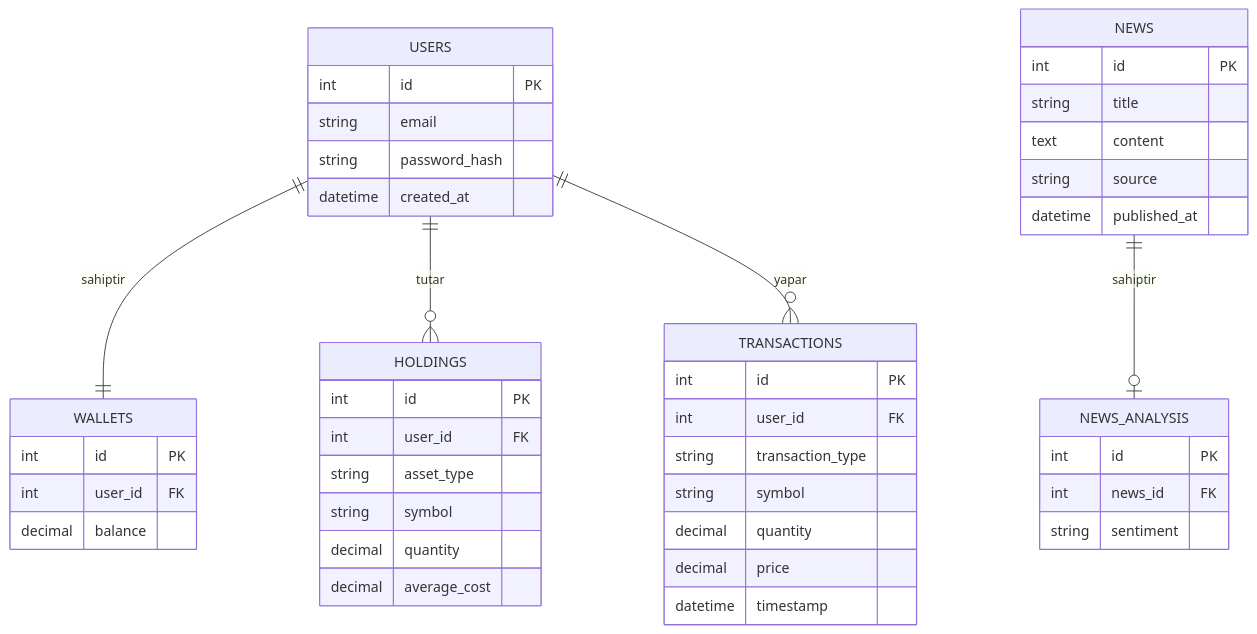
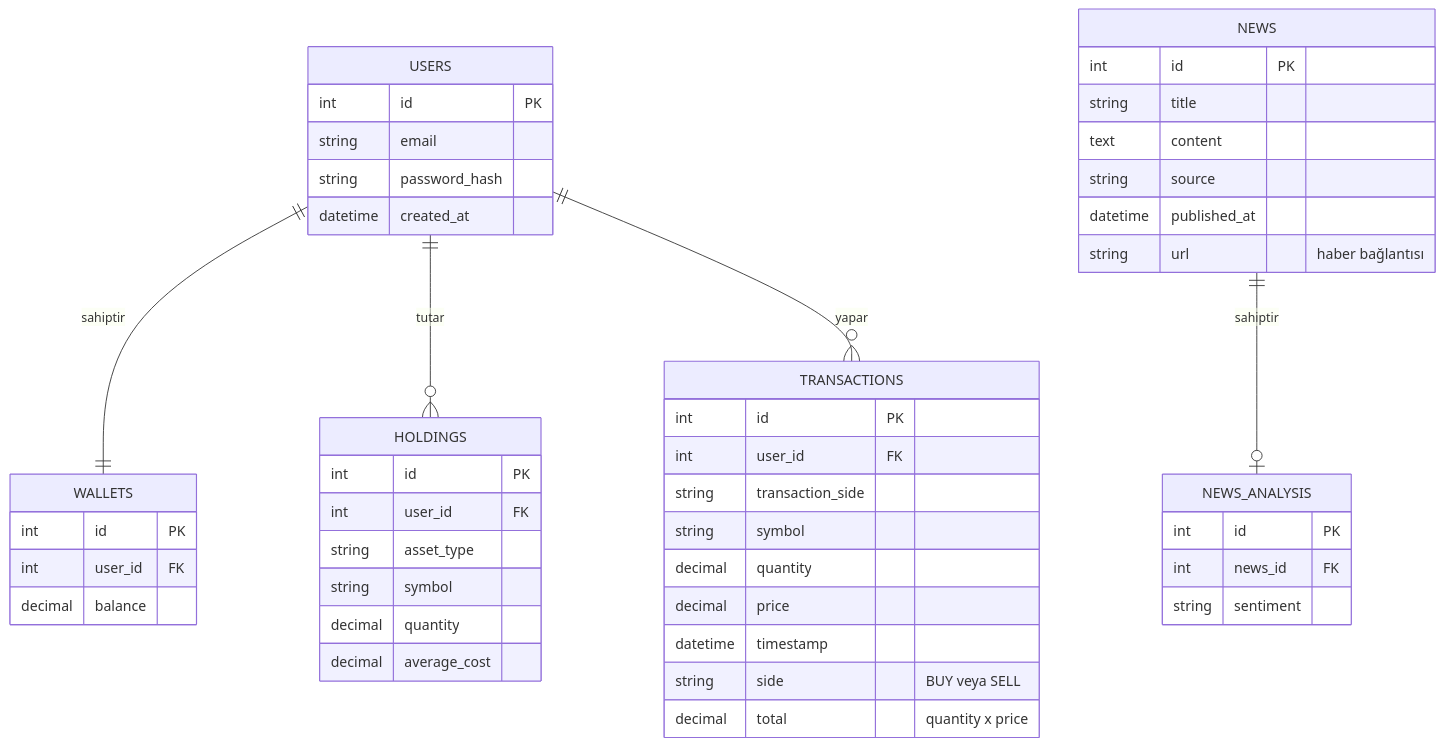
One commit to BM321-2026-Guz/SimulInvest changed the diagram in docs/architecture/erd.md. Above: the diagram before and after it, drawn with Mermaid. The commit also changed other lines of this file, not shown here.

Commit message:
ERD OpenAPI ile uyumlu hale getirildi
Updated the TRANSACTIONS and NEWS tables to include new fields for transaction side and news URL. Enhanced the immutability description for transaction history.

````diff
--- a/docs/architecture/erd.md
+++ b/docs/architecture/erd.md
@@ -3,53 +3,56 @@
 ```mermaid
 erDiagram
     USERS ||--|| WALLETS : "sahiptir"
     USERS ||--o{ HOLDINGS : "tutar"
     USERS ||--o{ TRANSACTIONS : "yapar"
     NEWS ||--o| NEWS_ANALYSIS : "sahiptir"
 
     USERS {
         int id PK
         string email
         string password_hash
         datetime created_at
     }
 
     WALLETS {
         int id PK
         int user_id FK
         decimal balance
     }
 
     HOLDINGS {
         int id PK
         int user_id FK
         string asset_type
         string symbol
         decimal quantity
         decimal average_cost
     }
 
     TRANSACTIONS {
         int id PK
         int user_id FK
-        string transaction_type
+        string transaction_side
         string symbol
         decimal quantity
         decimal price
         datetime timestamp
+        string side "BUY veya SELL"
+        decimal total "quantity x price"
     }
 
     NEWS {
         int id PK
         string title
         text content
         string source
         datetime published_at
+        string url "haber bağlantısı"
     }
 
     NEWS_ANALYSIS {
         int id PK
         int news_id FK
         string sentiment
     }
 ```
````
